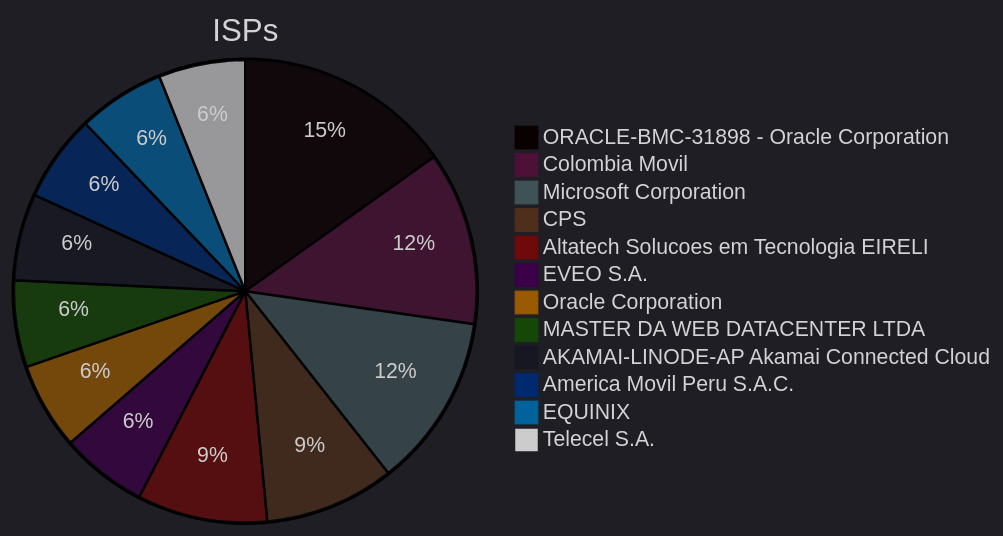
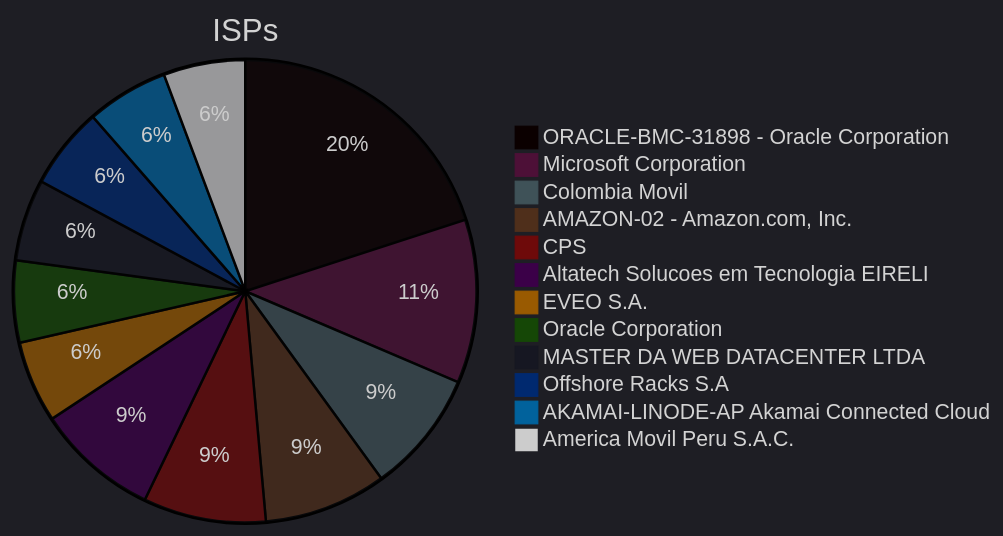
One commit to ZoqueLabs/website changed the fourth of 8 diagrams in zolim.md. Above: the diagram before and after it, drawn with Mermaid. The commit also changed other lines of this file, not shown here.

````diff
--- a/zolim.md
+++ b/zolim.md
@@ -93,19 +93,19 @@
 ```mermaid
 ---
 config:
   theme: dark
 ---
 pie title ISPs
-  "ORACLE-BMC-31898 - Oracle Corporation" : 5
-  "Colombia Movil" : 4
+  "ORACLE-BMC-31898 - Oracle Corporation" : 7
   "Microsoft Corporation" : 4
+  "Colombia Movil" : 3
+  "AMAZON-02 - Amazon.com, Inc." : 3
   "CPS" : 3
   "Altatech Solucoes em Tecnologia EIRELI" : 3
   "EVEO S.A." : 2
   "Oracle Corporation" : 2
   "MASTER DA WEB DATACENTER LTDA" : 2
+  "Offshore Racks S.A" : 2
   "AKAMAI-LINODE-AP Akamai Connected Cloud" : 2
   "America Movil Peru S.A.C." : 2
-  "EQUINIX" : 2
-  "Telecel S.A." : 2
 ```
````
